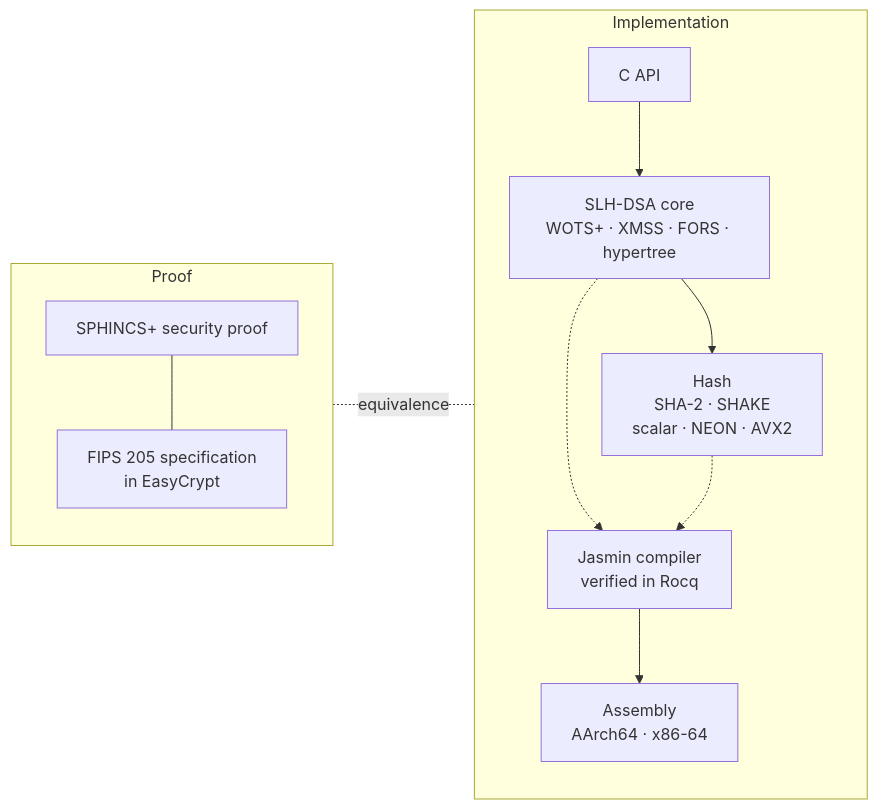
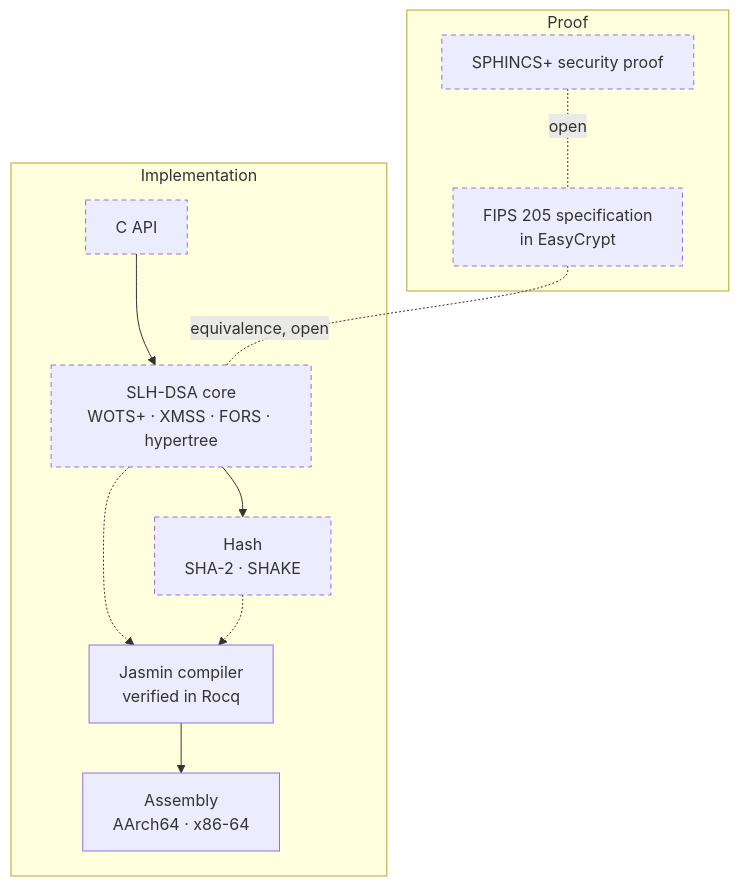
The diagram in README.md (nirapod-labs/nirapod-slhdsa), drawn with Mermaid before and after one commit. The commit also changed other lines of this file, not shown here.

Commit message:
docs: scope the compiler claim and mark open work in the diagram

````diff
--- a/README.md
+++ b/README.md
@@ -44,22 +44,22 @@
 ```mermaid
-flowchart LR
+flowchart TB
   subgraph code["Implementation"]
-    direction TB
     api["C API"]
     core["SLH-DSA core<br/>WOTS+ · XMSS · FORS · hypertree"]
-    hash["Hash<br/>SHA-2 · SHAKE<br/>scalar · NEON · AVX2"]
+    hash["Hash<br/>SHA-2 · SHAKE"]
     jc["Jasmin compiler<br/>verified in Rocq"]
     asm["Assembly<br/>AArch64 · x86-64"]
     api --> core --> hash
     core -.-> jc
     hash -.-> jc
     jc --> asm
   end
   subgraph proof["Proof"]
-    direction TB
     sec["SPHINCS+ security proof"]
     spec["FIPS 205 specification<br/>in EasyCrypt"]
-    sec --- spec
+    sec -. "open" .- spec
   end
-  spec -. "equivalence" .- core
+  spec -. "equivalence, open" .- core
+  classDef planned stroke-dasharray: 5 4
+  class api,core,hash,sec,spec planned
 ```
````
